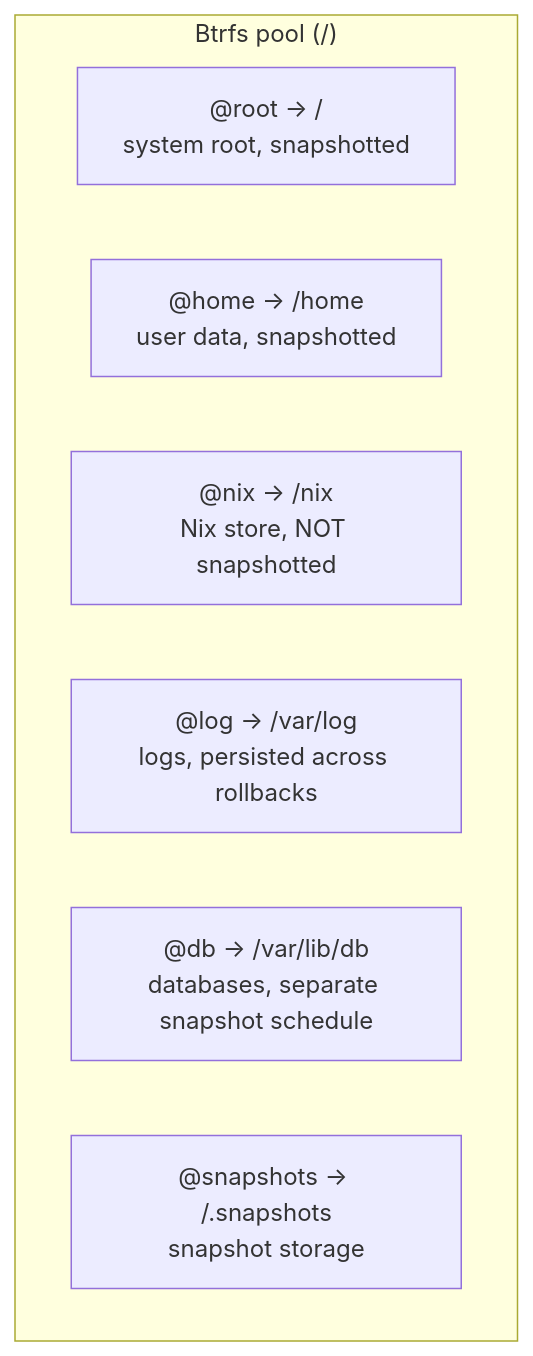
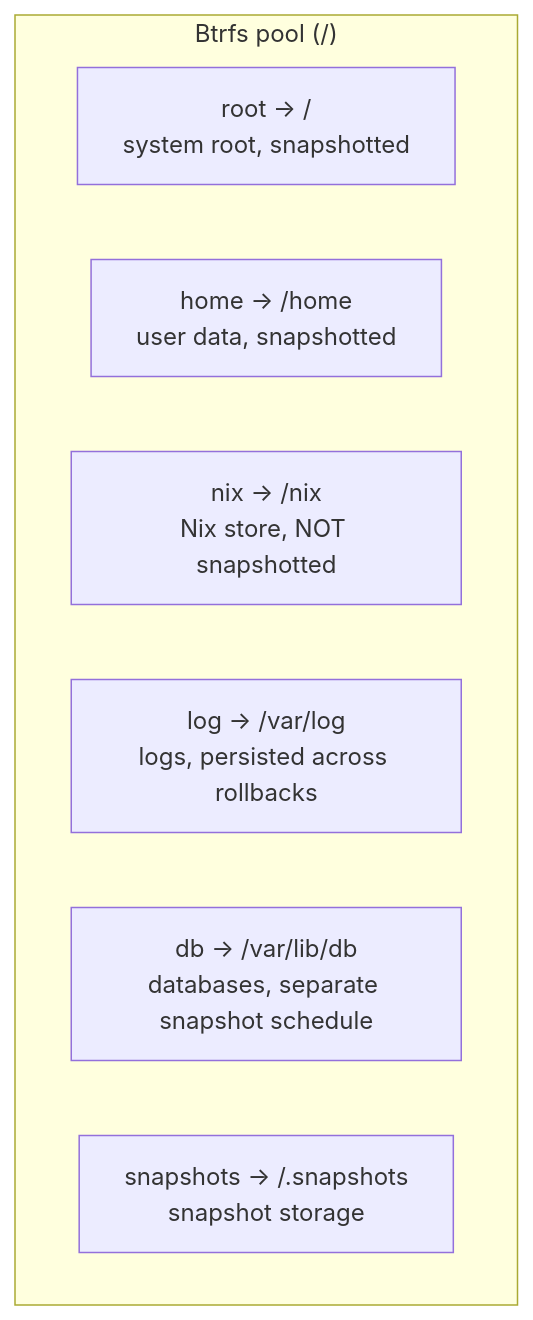
Before and after one commit to stars-labs/self-healing-nixos-infra: the tenth of 12 diagrams in docs/architecture.md, drawn with Mermaid. The commit also changed other lines of this file and 15 other files, not shown here.

First line of the commit message:
Fix Mermaid parse errors in Chinese docs

````diff
--- a/docs/architecture.md
+++ b/docs/architecture.md
@@ -627,11 +629,11 @@
 ```mermaid
 flowchart TB
     subgraph Btrfs["Btrfs pool (/)"]
-        A["@root -> /<br/>system root, snapshotted"]
-        B["@home -> /home<br/>user data, snapshotted"]
-        C["@nix -> /nix<br/>Nix store, NOT snapshotted"]
-        D["@log -> /var/log<br/>logs, persisted across rollbacks"]
-        E["@db -> /var/lib/db<br/>databases, separate snapshot schedule"]
-        F["@snapshots -> /.snapshots<br/>snapshot storage"]
+        A["root → /<br/>system root, snapshotted"]
+        B["home → /home<br/>user data, snapshotted"]
+        C["nix → /nix<br/>Nix store, NOT snapshotted"]
+        D["log → /var/log<br/>logs, persisted across rollbacks"]
+        E["db → /var/lib/db<br/>databases, separate snapshot schedule"]
+        F["snapshots → /.snapshots<br/>snapshot storage"]
     end
 ```
````
